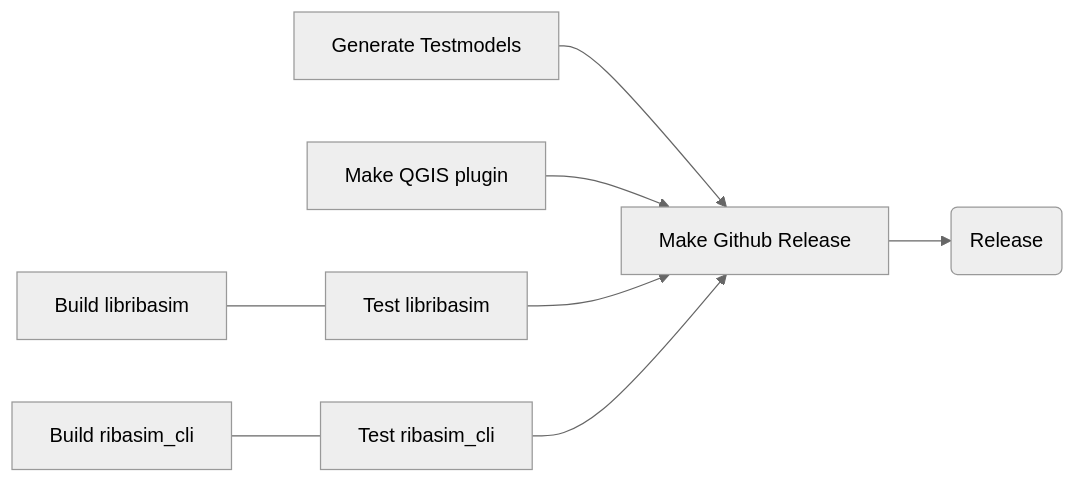
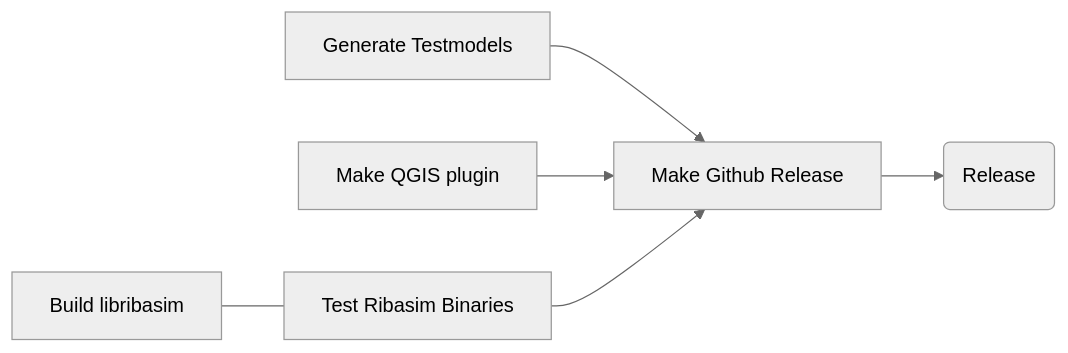
Before and after one commit to Deltares/Ribasim: the third of 3 diagrams in docs/contribute/ci.qmd, drawn with Mermaid (neutral theme). The commit also changed other lines of this file, not shown here.

````diff
--- a/docs/contribute/ci.qmd
+++ b/docs/contribute/ci.qmd
@@ -67,10 +65,8 @@
 ```{mermaid}
 graph LR
     A[Make Github Release]-->B(Release)
     F[Generate Testmodels]-->A
     G[Make QGIS plugin]-->A
-    H[Build libribasim]---D[Test libribasim]
+    H[Build libribasim]---D[Test Ribasim Binaries]
     D-->A
-    C[Build ribasim_cli] --- E[Test ribasim_cli]
-    E-->A
 ```
````
